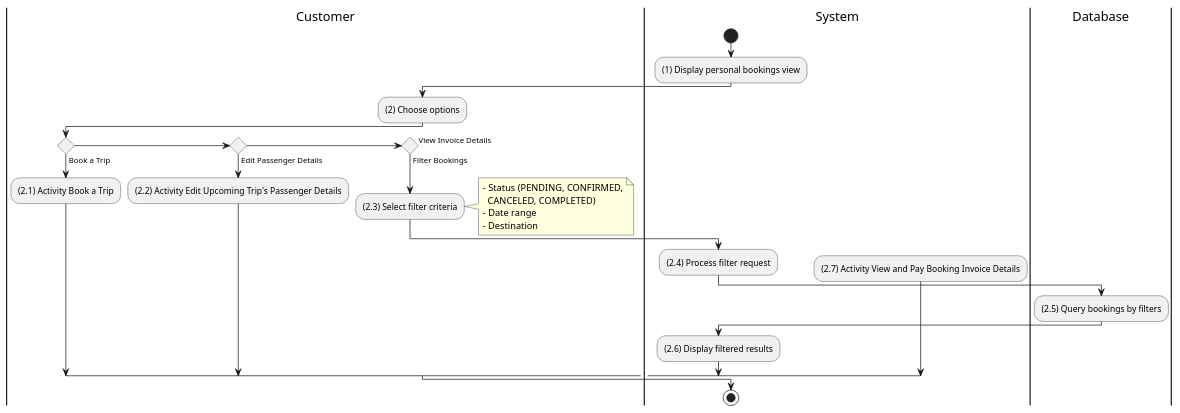
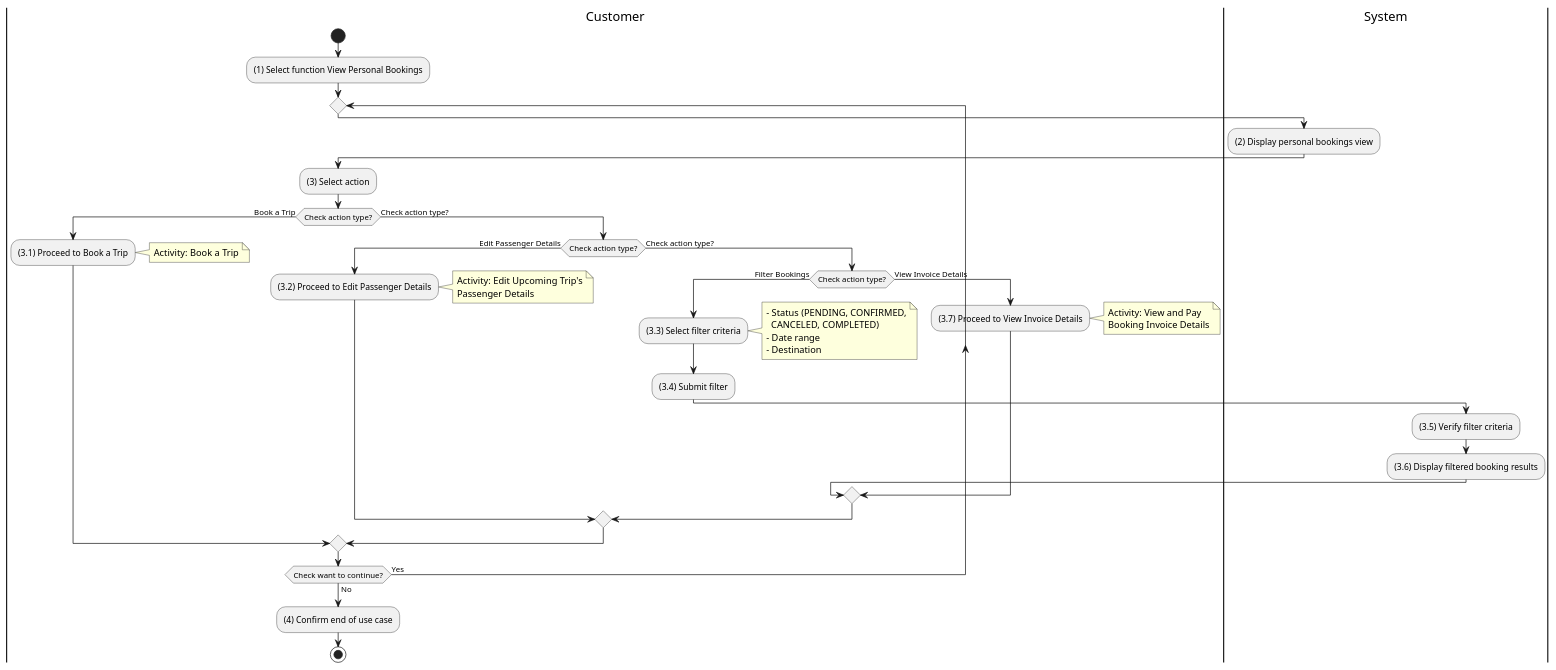
Before and after one commit to SE357-TMS/SE357-TMS.github.io: the diagram in docs/docs/activity/manage-personal-booking/view-and-filter-personal-bookings.md, drawn with PlantUML. The commit also changed 7 other files, not shown here.

Commit message:
docs: add browse trips activity diagrams and update booking activities

````diff
--- a/docs/docs/activity/manage-personal-booking/view-and-filter-personal-bookings.md
+++ b/docs/docs/activity/manage-personal-booking/view-and-filter-personal-bookings.md
@@ -3,38 +3,64 @@
 ```plantuml
 @startuml
 |C|Customer
 |S|System
-|D|Database
-
-|S|
-start
-:(1) Display personal bookings view;
 
 |C|
-:(2) Choose options;
-if () then (Book a Trip)
-  :(2.1) Activity Book a Trip;
-elseif () then (Edit Passenger Details)
-  :(2.2) Activity Edit Upcoming Trip's Passenger Details;
-elseif () then (Filter Bookings)
+start
+
+:(1) Select function View Personal Bookings;
+
+repeat
+  |S|
+  :(2) Display personal bookings view;
+
   |C|
-  :(2.3) Select filter criteria;
-  note right
-    - Status (PENDING, CONFIRMED,
-      CANCELED, COMPLETED)
-    - Date range
-    - Destination
-  end note
-  |S|
-  :(2.4) Process filter request;
-  |D|
-  :(2.5) Query bookings by filters;
-  |S|
-  :(2.6) Display filtered results;
-else (View Invoice Details)
-  :(2.7) Activity View and Pay Booking Invoice Details;
-endif
+  :(3) Select action;
+
+  if (Check action type?) then (Book a Trip)
+    :(3.1) Proceed to Book a Trip;
+    note right
+      Activity: Book a Trip
+    end note
+  else (Check action type?)
+    if (Check action type?) then (Edit Passenger Details)
+      :(3.2) Proceed to Edit Passenger Details;
+      note right
+        Activity: Edit Upcoming Trip's
+        Passenger Details
+      end note
+    else (Check action type?)
+      if (Check action type?) then (Filter Bookings)
+        :(3.3) Select filter criteria;
+        note right
+          - Status (PENDING, CONFIRMED,
+            CANCELED, COMPLETED)
+          - Date range
+          - Destination
+        end note
+        :(3.4) Submit filter;
+
+        |S|
+        :(3.5) Verify filter criteria;
+        :(3.6) Display filtered booking results;
+
+        |C|
+      else (View Invoice Details)
+        :(3.7) Proceed to View Invoice Details;
+        note right
+          Activity: View and Pay
+          Booking Invoice Details
+        end note
+      endif
+    endif
+  endif
+
+  |C|
+repeat while (Check want to continue?) is (Yes) not (No)
+
+:(4) Confirm end of use case;
 
 stop
+
 @enduml
 ```
````
